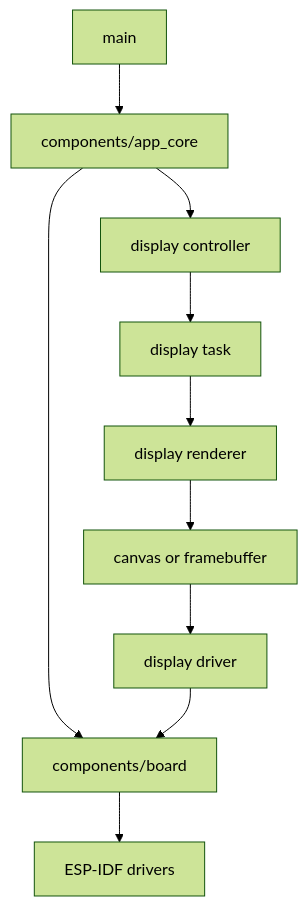
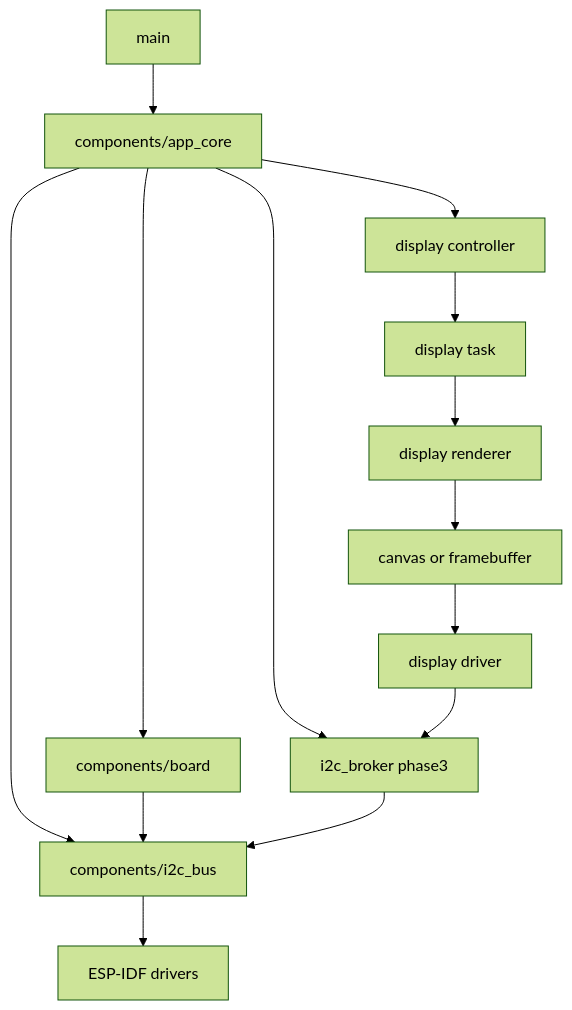
The diagram in b-hil-boards/b06_hil/firmware/docs/architecture.md (galopago/misistemhil), drawn with Mermaid (forest theme) before and after one commit. The commit also changed other lines of this file and 54 other files, not shown here.

First line of the commit message:
Record b06_hil firmware architecture milestone and I2C foundation.

````diff
--- a/b-hil-boards/b06_hil/firmware/docs/architecture.md
+++ b/b-hil-boards/b06_hil/firmware/docs/architecture.md
@@ -15,12 +18,16 @@
 ```mermaid
 flowchart TD
     AppMain[main] --> AppCore[components/app_core]
     AppCore --> Board[components/board]
+    AppCore --> I2cBus[components/i2c_bus]
+    AppCore --> I2cBroker[i2c_broker phase3]
     AppCore --> DisplayController[display controller]
+    Board --> I2cBus
     DisplayController --> DisplayTask[display task]
     DisplayTask --> DisplayRenderer[display renderer]
     DisplayRenderer --> DisplayCanvas[canvas or framebuffer]
     DisplayCanvas --> DisplayDriver[display driver]
-    DisplayDriver --> Board
-    Board --> EspIdf[ESP-IDF drivers]
+    DisplayDriver --> I2cBroker
+    I2cBroker --> I2cBus
+    I2cBus --> EspIdf[ESP-IDF drivers]
 ```
````
